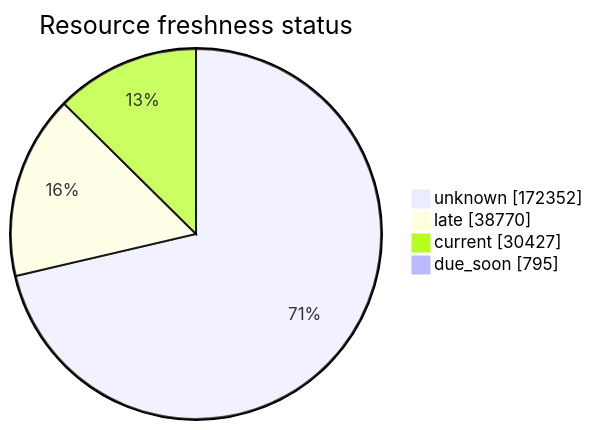
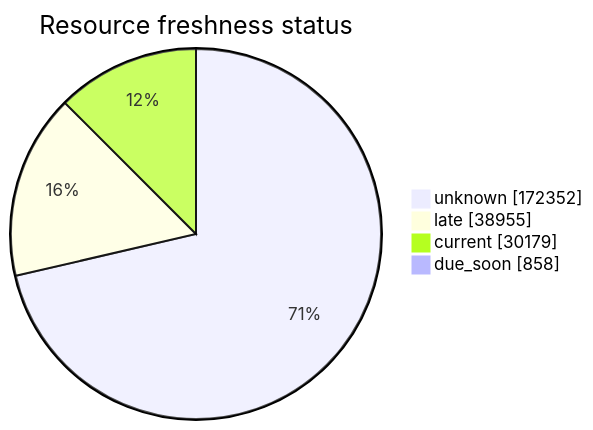
Before and after one commit to open-data/analytics-corporate-reporting: the third of 5 diagrams in FreshCheck/README.md, drawn with Mermaid. The commit also changed other lines of this file and 3 other files, not shown here.

````diff
--- a/FreshCheck/README.md
+++ b/FreshCheck/README.md
@@ -77,7 +77,7 @@
 ```mermaid
 pie showData title Resource freshness status
     "unknown": 172352
-    "late": 38770
-    "current": 30427
-    "due_soon": 795
+    "late": 38955
+    "current": 30179
+    "due_soon": 858
 ```
````
